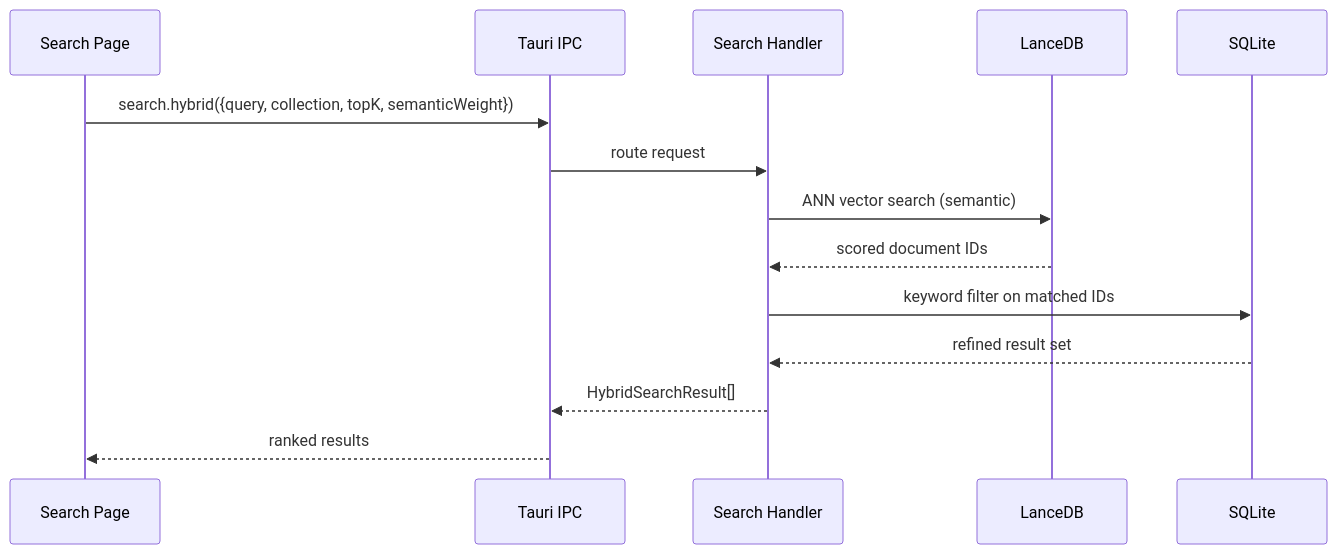
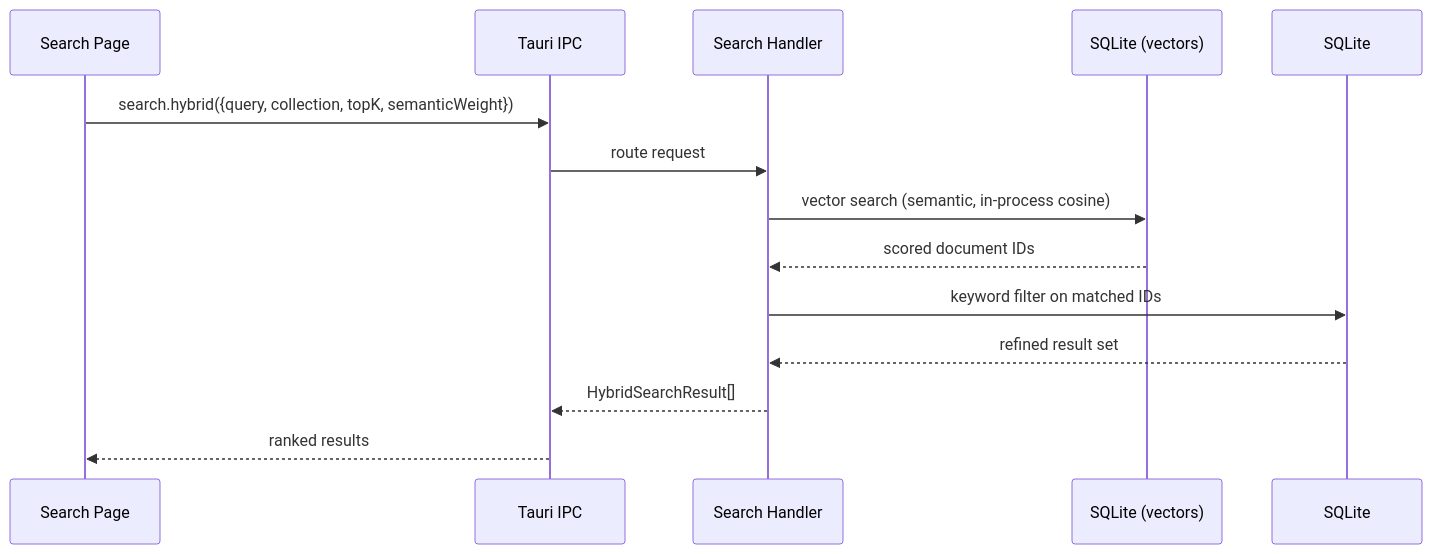
One commit to saeedkolivand/ai-job-hunter-app changed the fourth of 7 diagrams in docs/ARCHITECTURE.md. Above: the diagram before and after it, drawn with Mermaid. The commit also changed other lines of this file and 77 other files, not shown here.

````diff
--- a/docs/ARCHITECTURE.md
+++ b/docs/ARCHITECTURE.md
@@ -242,17 +242,17 @@
 ```mermaid
 sequenceDiagram
     participant UI as Search Page
     participant IPC as Tauri IPC
     participant Search as Search Handler
-    participant Lance as LanceDB
+    participant Lance as SQLite (vectors)
     participant SQL as SQLite
 
     UI->>IPC: search.hybrid({query, collection, topK, semanticWeight})
     IPC->>Search: route request
-    Search->>Lance: ANN vector search (semantic)
+    Search->>Lance: vector search (semantic, in-process cosine)
     Lance-->>Search: scored document IDs
     Search->>SQL: keyword filter on matched IDs
     SQL-->>Search: refined result set
     Search-->>IPC: HybridSearchResult[]
     IPC-->>UI: ranked results
 ```
````
